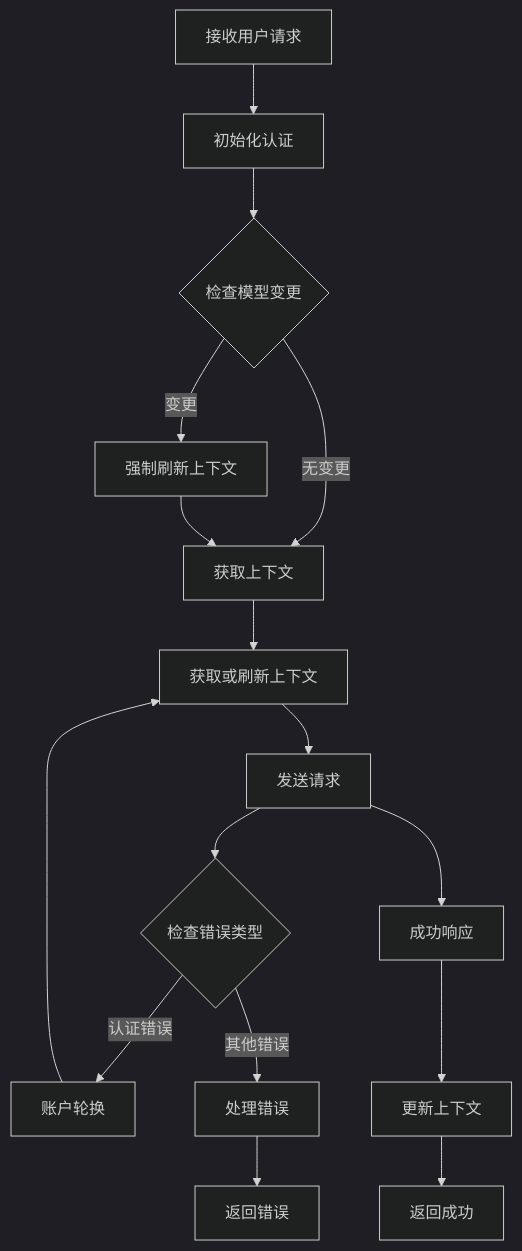
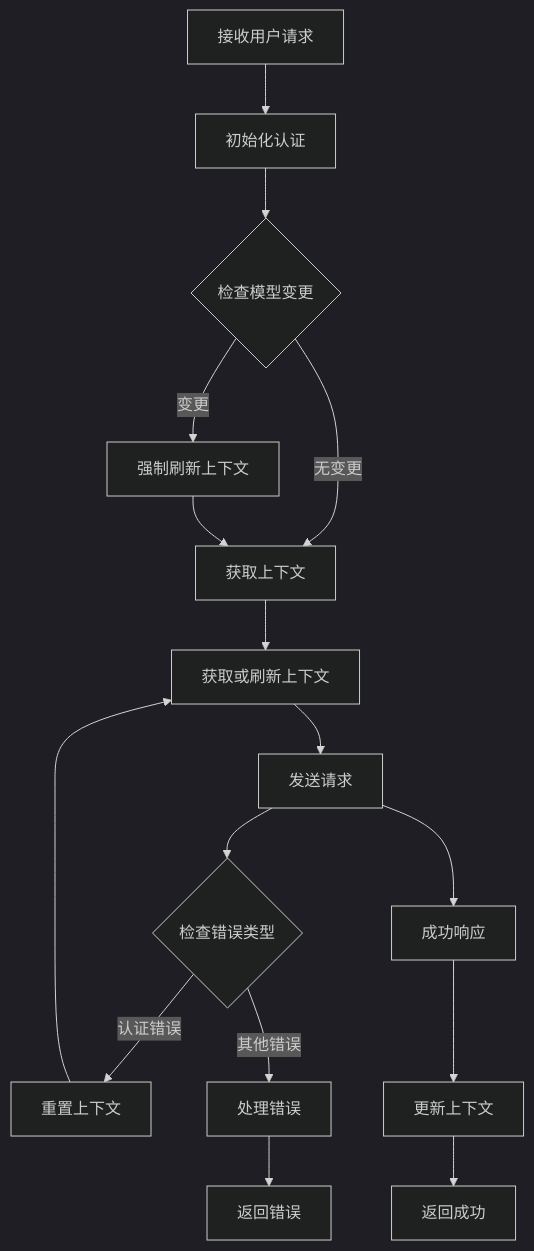
Before and after one commit to SEVENTEEN-TAN/gemini-nexus: the fifth of 6 diagrams in .qoder/repowiki/zh/content/核心模块/认证管理器.md, drawn with Mermaid (dark theme). The commit also changed other lines of this file and 17 other files, not shown here.

````diff
--- a/.qoder/repowiki/zh/content/核心模块/认证管理器.md
+++ b/.qoder/repowiki/zh/content/核心模块/认证管理器.md
@@ -255,18 +242,18 @@
 ```mermaid
 flowchart TD
 Request[接收用户请求] --> InitAuth[初始化认证]
 InitAuth --> CheckModel{检查模型变更}
 CheckModel --> |变更| ForceRefresh[强制刷新上下文]
 CheckModel --> |无变更| GetContext[获取上下文]
 ForceRefresh --> GetContext
 GetContext --> FetchContext[获取或刷新上下文]
 FetchContext --> SendRequest[发送请求]
 SendRequest --> CheckError{检查错误类型}
-CheckError --> |认证错误| RotateAccount[账户轮换]
+CheckError --> |认证错误| ResetContext[重置上下文]
 CheckError --> |其他错误| HandleError[处理错误]
-RotateAccount --> FetchContext
+ResetContext --> FetchContext
 HandleError --> ReturnError[返回错误]
 SendRequest --> Success[成功响应]
 Success --> UpdateContext[更新上下文]
 UpdateContext --> ReturnSuccess[返回成功]
 ```
````
